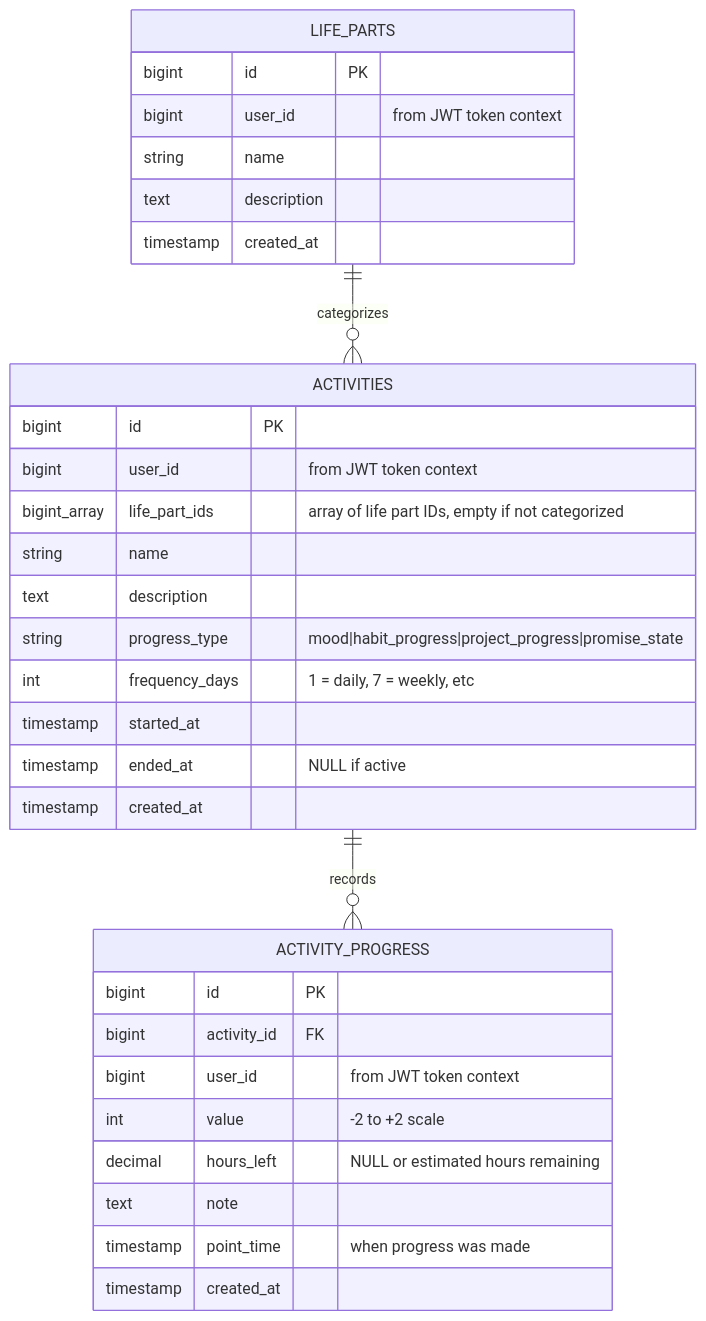
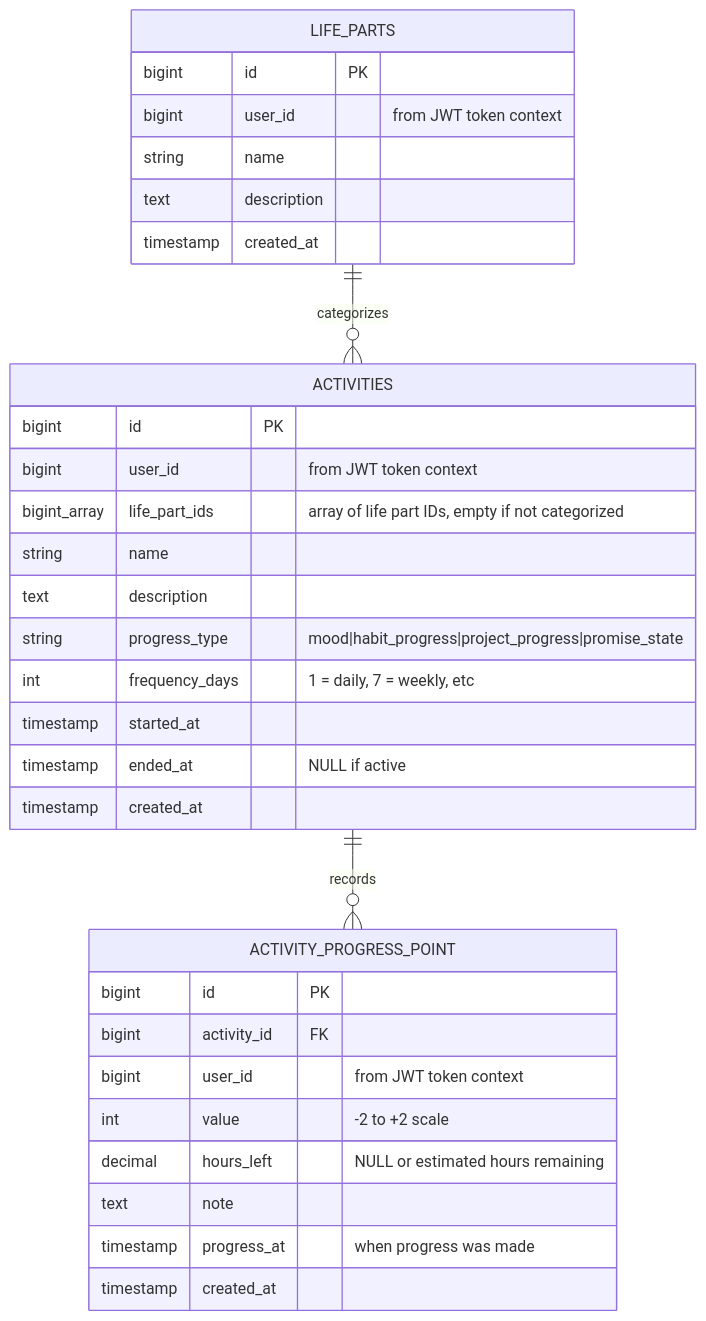
One commit to rusinikita/personal changed the diagram in docs/functions/progress-spec.md. Above: the diagram before and after it, drawn with Mermaid. The commit also changed other lines of this file, not shown here.

Commit message:
Progress spec done

````diff
--- a/docs/functions/progress-spec.md
+++ b/docs/functions/progress-spec.md
@@ -40,37 +40,37 @@
 ```mermaid
 erDiagram
     LIFE_PARTS ||--o{ ACTIVITIES : categorizes
-    ACTIVITIES ||--o{ ACTIVITY_PROGRESS : records
+    ACTIVITIES ||--o{ ACTIVITY_PROGRESS_POINT : records
 
     LIFE_PARTS {
         bigint id PK
         bigint user_id "from JWT token context"
         string name
         text description
         timestamp created_at
     }
 
     ACTIVITIES {
         bigint id PK
         bigint user_id "from JWT token context"
         bigint_array life_part_ids "array of life part IDs, empty if not categorized"
         string name
         text description
         string progress_type "mood|habit_progress|project_progress|promise_state"
         int frequency_days "1 = daily, 7 = weekly, etc"
         timestamp started_at
         timestamp ended_at "NULL if active"
         timestamp created_at
     }
 
-    ACTIVITY_PROGRESS {
+    ACTIVITY_PROGRESS_POINT {
         bigint id PK
         bigint activity_id FK
         bigint user_id "from JWT token context"
         int value "-2 to +2 scale"
         decimal hours_left "NULL or estimated hours remaining"
         text note
-        timestamp point_time "when progress was made"
+        timestamp progress_at "when progress was made"
         timestamp created_at
     }
 ```
````
